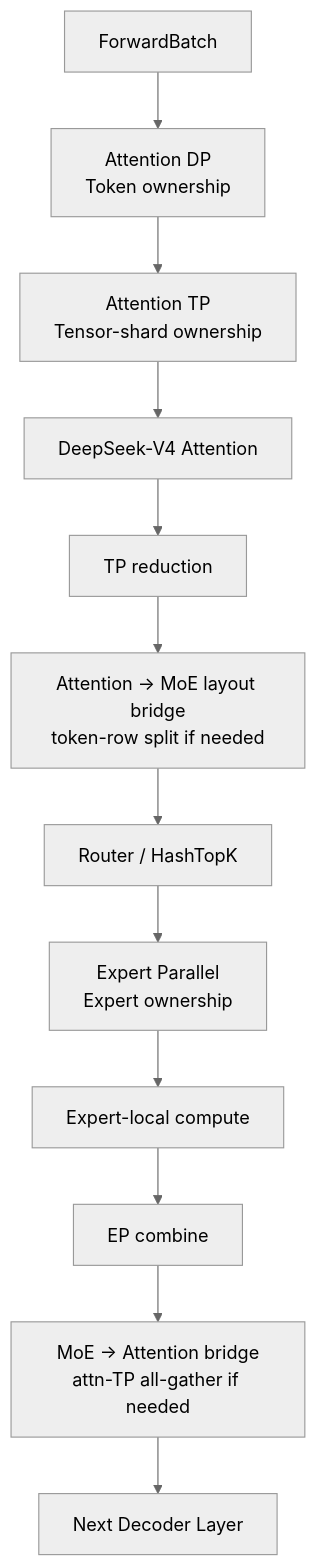
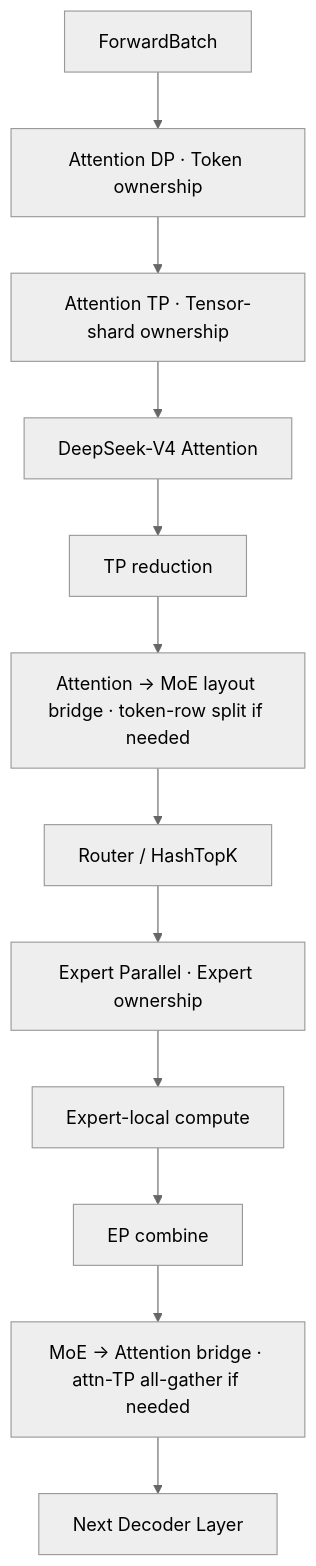
One commit to AkiYangDev/llm-inference-notes changed the fourth of 4 diagrams in docs/sglang/deepseek-v4-distributed-parallel-source-analysis.md. Above: the diagram before and after it, drawn with Mermaid (neutral theme). The commit also changed other lines of this file and 44 other files, not shown here.

```diff
--- a/docs/sglang/deepseek-v4-distributed-parallel-source-analysis.md
+++ b/docs/sglang/deepseek-v4-distributed-parallel-source-analysis.md
@@ -606,15 +562,15 @@
 ~~~mermaid
 flowchart TD
     F[ForwardBatch]
-    F --> DP[Attention DP<br/>Token ownership]
-    DP --> TP[Attention TP<br/>Tensor-shard ownership]
+    F --> DP[Attention DP · Token ownership]
+    DP --> TP[Attention TP · Tensor-shard ownership]
     TP --> ATT[DeepSeek-V4 Attention]
     ATT --> RED[TP reduction]
-    RED --> B1[Attention → MoE layout bridge<br/>token-row split if needed]
+    RED --> B1[Attention → MoE layout bridge · token-row split if needed]
     B1 --> R[Router / HashTopK]
-    R --> EP[Expert Parallel<br/>Expert ownership]
+    R --> EP[Expert Parallel · Expert ownership]
     EP --> E[Expert-local compute]
     E --> C[EP combine]
-    C --> B2[MoE → Attention bridge<br/>attn-TP all-gather if needed]
+    C --> B2[MoE → Attention bridge · attn-TP all-gather if needed]
     B2 --> N[Next Decoder Layer]
 ~~~
```
